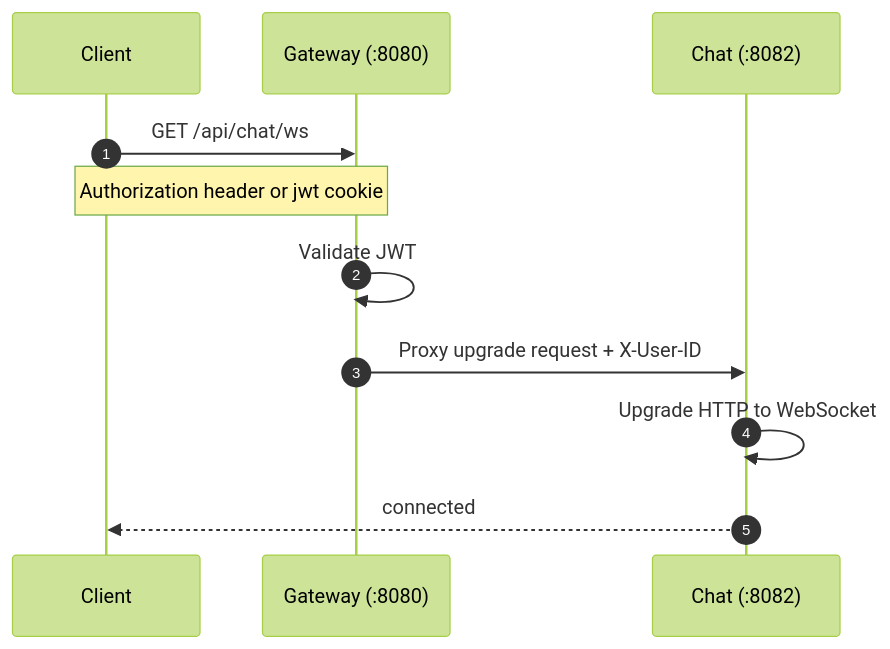
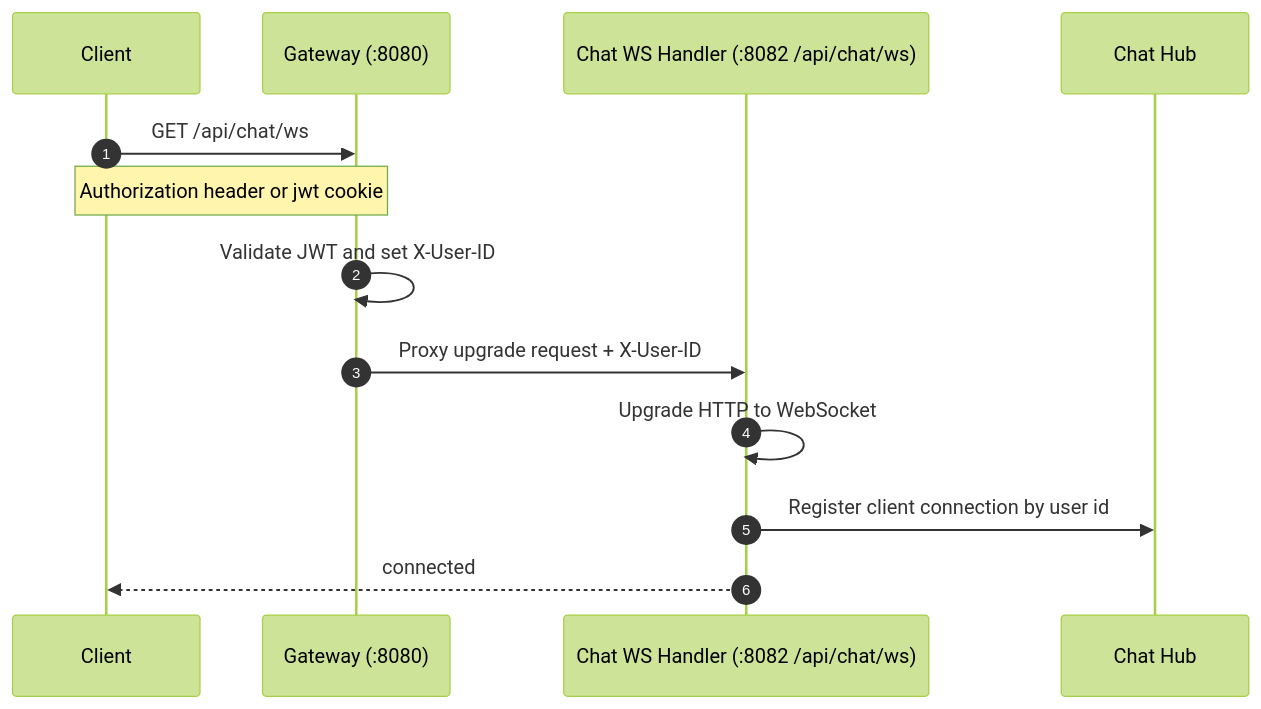
Before and after one commit to abeb021/wave-connect: the third of 5 diagrams in README.md, drawn with Mermaid (forest theme). The commit also changed other lines of this file and 1 other file, not shown here.

Commit message:
recent architecture changes updated docs

````diff
--- a/README.md
+++ b/README.md
@@ -125,14 +132,16 @@
 ```mermaid
 sequenceDiagram
   autonumber
   participant C as Client
   participant G as Gateway (:8080)
-  participant CH as Chat (:8082)
+  participant WS as Chat WS Handler (:8082 /api/chat/ws)
+  participant H as Chat Hub
 
   C->>G: GET /api/chat/ws
   Note over C,G: Authorization header or jwt cookie
-  G->>G: Validate JWT
-  G->>CH: Proxy upgrade request + X-User-ID
-  CH->>CH: Upgrade HTTP to WebSocket
-  CH-->>C: connected
+  G->>G: Validate JWT and set X-User-ID
+  G->>WS: Proxy upgrade request + X-User-ID
+  WS->>WS: Upgrade HTTP to WebSocket
+  WS->>H: Register client connection by user id
+  WS-->>C: connected
 ```
````
